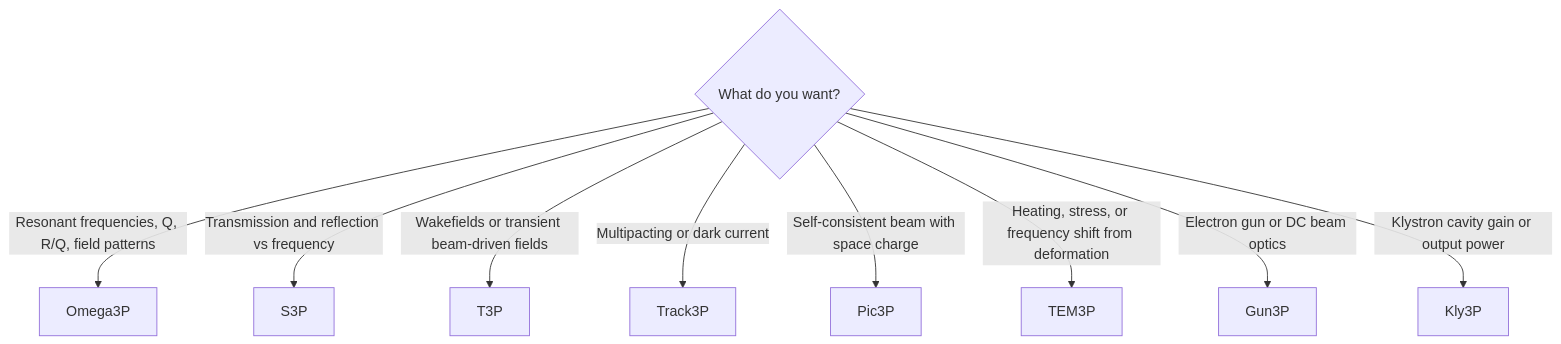
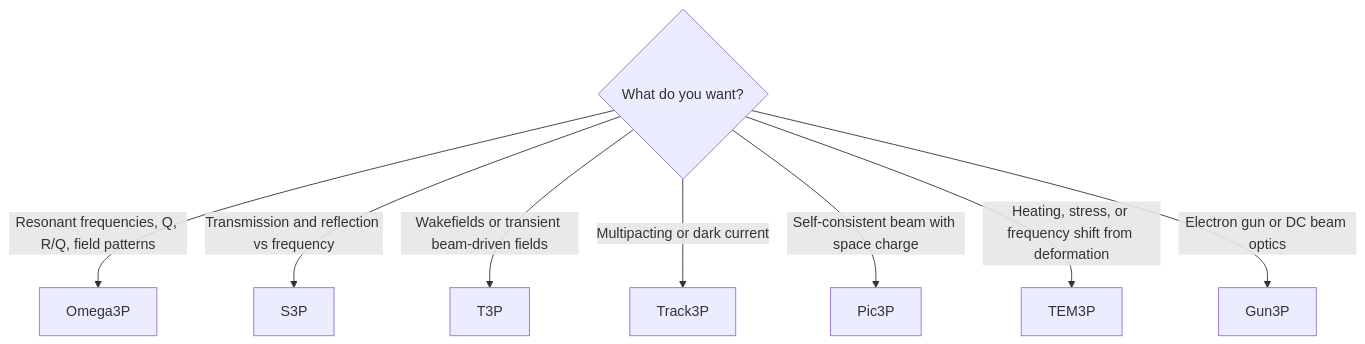
Before and after one commit to slaclab/ace3p-docs: the diagram in docs/modules/index.md, drawn with Mermaid. The commit also changed other lines of this file and 5 other files, not shown here.

````diff
--- a/docs/modules/index.md
+++ b/docs/modules/index.md
@@ -18,12 +17,11 @@
 ```mermaid
 flowchart TD
     Q1{What do you want?} 
     Q1 -->|Resonant frequencies, Q, R/Q, field patterns| O[Omega3P]
     Q1 -->|Transmission and reflection vs frequency| S[S3P]
     Q1 -->|Wakefields or transient beam-driven fields| T[T3P]
     Q1 -->|Multipacting or dark current| TR[Track3P]
     Q1 -->|Self-consistent beam with space charge| P[Pic3P]
     Q1 -->|Heating, stress, or frequency shift from deformation| TE[TEM3P]
     Q1 -->|Electron gun or DC beam optics| G[Gun3P]
-    Q1 -->|Klystron cavity gain or output power| K[Kly3P]
 ```
````
